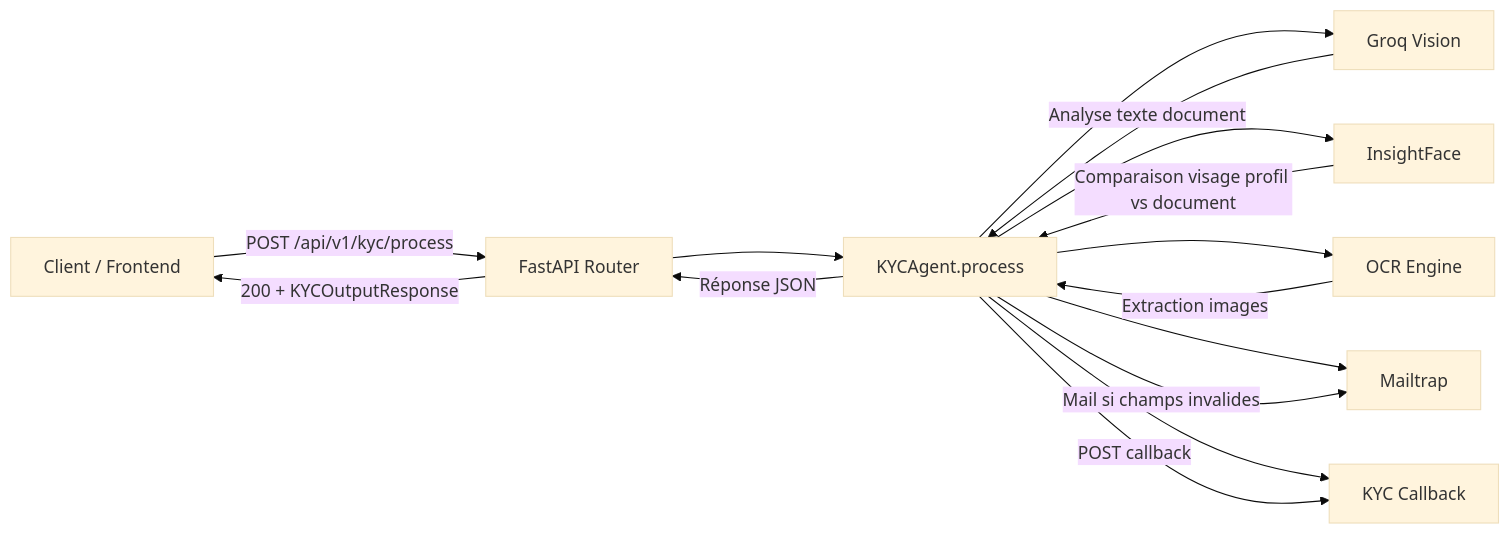
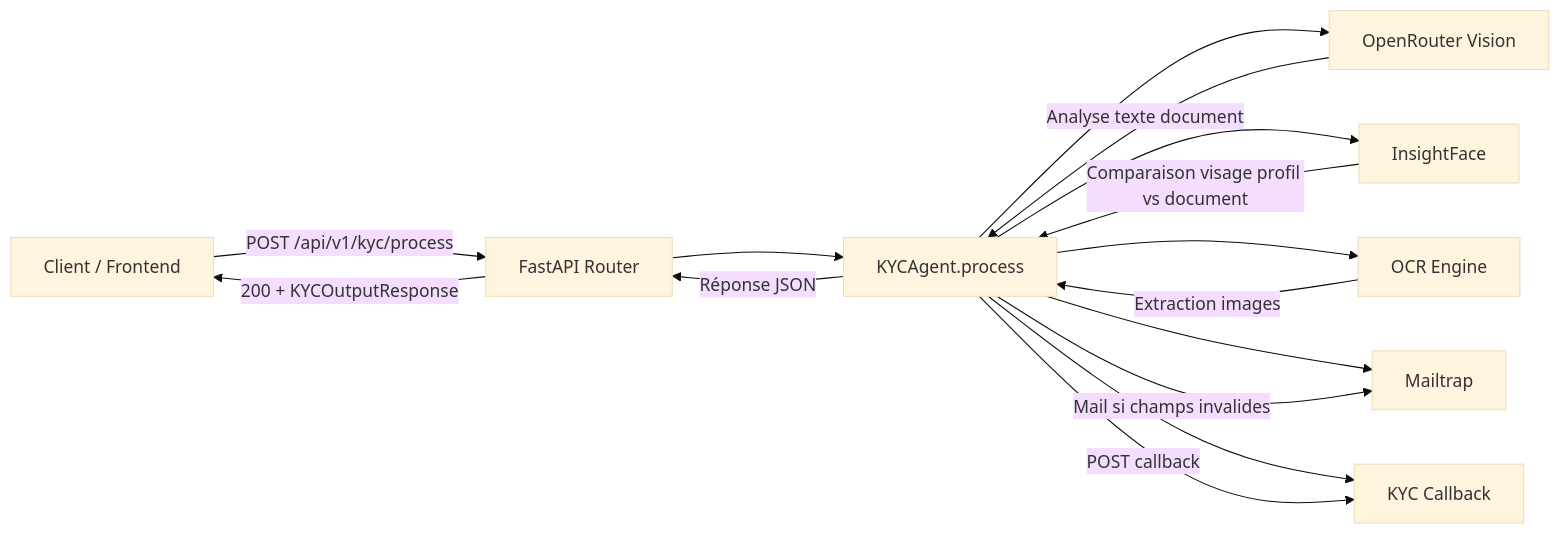
Before and after one commit to otbludo/kpi_validation: the diagram in README.md, drawn with Mermaid (base theme). The commit also changed other lines of this file and 1 other file, not shown here.

````diff
--- a/README.md
+++ b/README.md
@@ -5,19 +5,19 @@
 ```mermaid
 flowchart LR
     A[Client / Frontend] -->|POST /api/v1/kyc/process| B[FastAPI Router]
     B --> C[KYCAgent.process]
-    C --> D[Groq Vision]
+    C --> D[OpenRouter Vision]
     C --> E[InsightFace]
     C --> F[OCR Engine]
     C --> G[Mailtrap]
     C --> H[KYC Callback]
 
     D -->|Analyse texte document| C
     E -->|Comparaison visage profil vs document| C
     F -->|Extraction images| C
 
     C -->|Mail si champs invalides| G
     C -->|POST callback| H
     C -->|Réponse JSON| B
     B -->|200 + KYCOutputResponse| A
 ```
````
